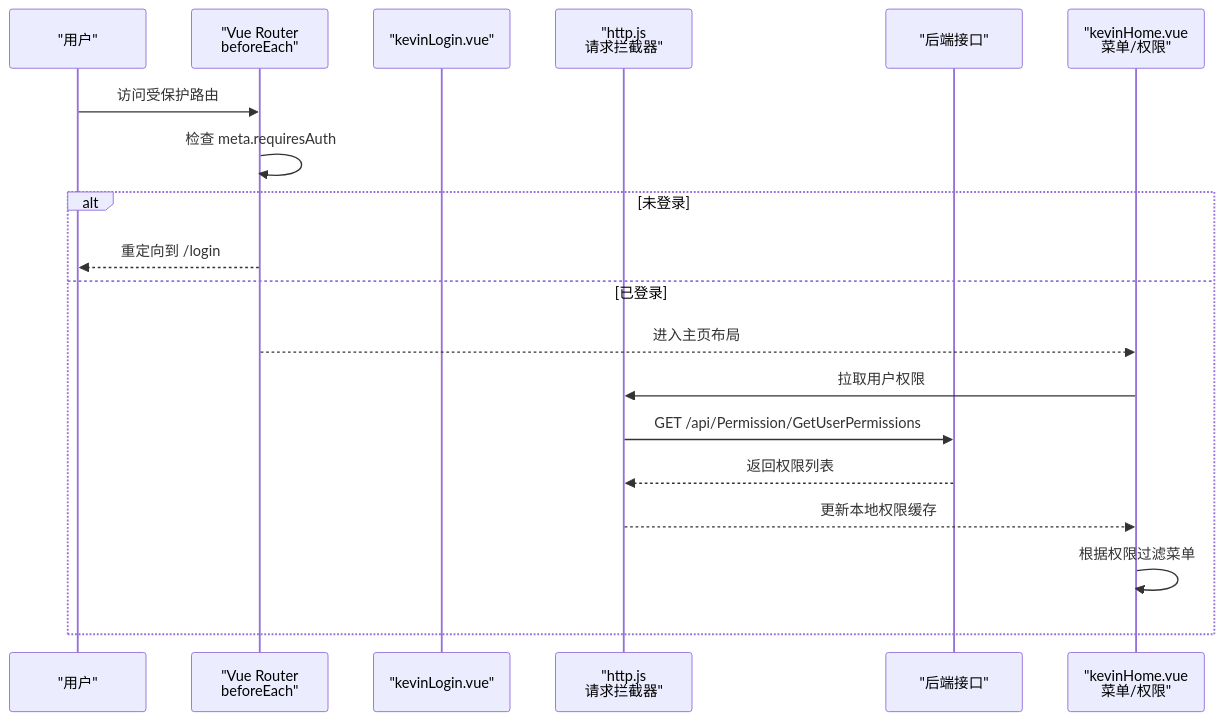
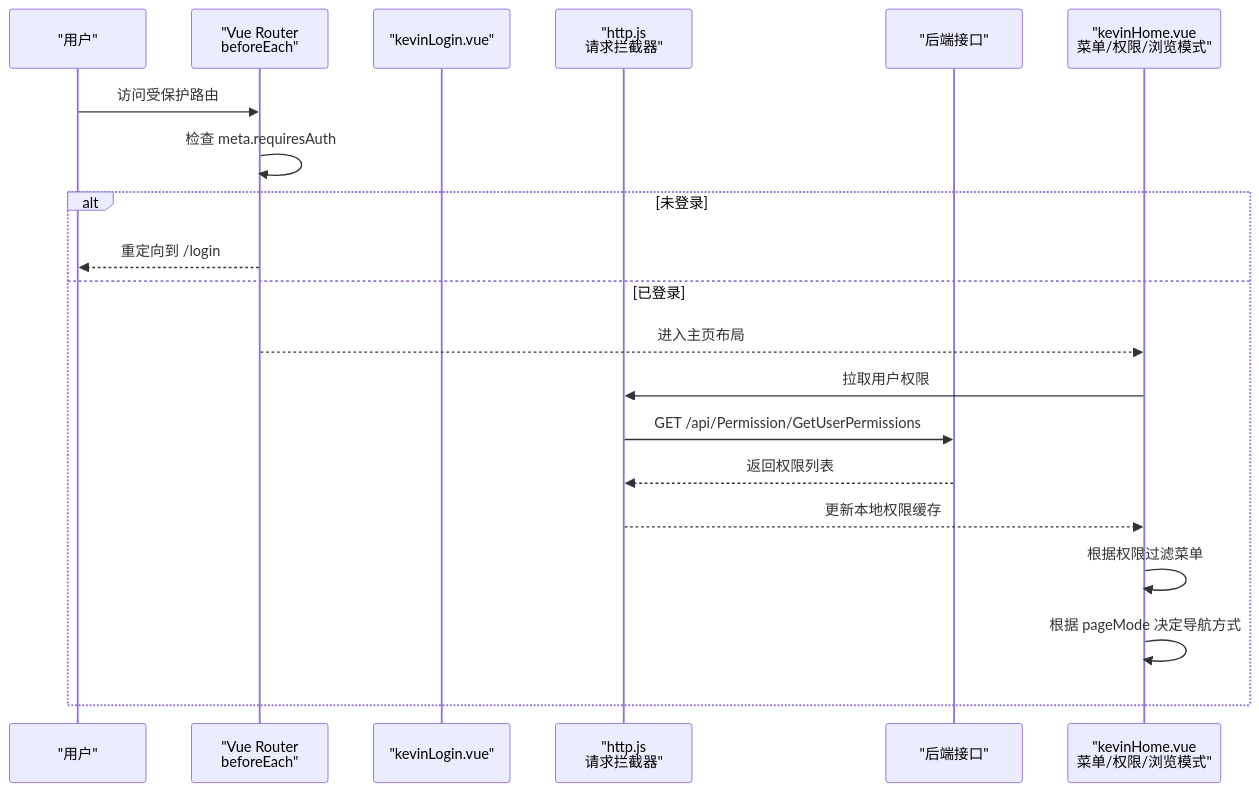
Before and after one commit to junkai-li/NetCoreKevin: the second of 8 diagrams in .qoder/repowiki/zh/content/前端架构/路由管理.md, drawn with Mermaid. The commit also changed other lines of this file and 39 other files, not shown here.

````diff
--- a/.qoder/repowiki/zh/content/前端架构/路由管理.md
+++ b/.qoder/repowiki/zh/content/前端架构/路由管理.md
@@ -91,21 +99,22 @@
 ```mermaid
 sequenceDiagram
 participant U as "用户"
 participant R as "Vue Router<br/>beforeEach"
 participant L as "kevinLogin.vue"
 participant H as "http.js<br/>请求拦截器"
 participant API as "后端接口"
-participant P as "kevinHome.vue<br/>菜单/权限"
+participant P as "kevinHome.vue<br/>菜单/权限/浏览模式"
 U->>R : 访问受保护路由
 R->>R : 检查 meta.requiresAuth
 alt 未登录
 R-->>U : 重定向到 /login
 else 已登录
 R-->>P : 进入主页布局
 P->>H : 拉取用户权限
 H->>API : GET /api/Permission/GetUserPermissions
 API-->>H : 返回权限列表
 H-->>P : 更新本地权限缓存
 P->>P : 根据权限过滤菜单
+P->>P : 根据 pageMode 决定导航方式
 end
 ```
````
